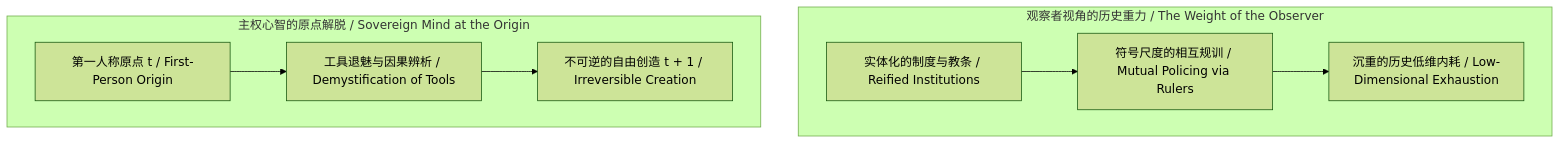
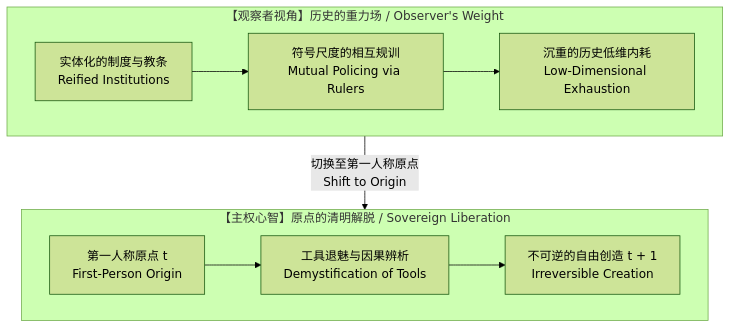
The first of 7 diagrams in content/posts/the-dissolution-of-the-great-reversal.md (powerpig99/not-a-toe), drawn with Mermaid (forest theme) before and after one commit. The commit also changed other lines of this file, not shown here.

Commit message:
Optimize Post #314 Mermaid diagrams: enforce strict vertical stacking and compact multiline labels

````diff
--- a/content/posts/the-dissolution-of-the-great-reversal.md
+++ b/content/posts/the-dissolution-of-the-great-reversal.md
@@ -11,11 +11,14 @@
 ```mermaid
 flowchart TB
-    subgraph S1["观察者视角的历史重力 / The Weight of the Observer"]
-        A["实体化的制度与教条 / Reified Institutions"] --> B["符号尺度的相互规训 / Mutual Policing via Rulers"]
-        B --> C["沉重的历史低维内耗 / Low-Dimensional Exhaustion"]
+    subgraph S1["【观察者视角】历史的重力场 / Observer's Weight"]
+        A["实体化的制度与教条<br/>Reified Institutions"] --> B["符号尺度的相互规训<br/>Mutual Policing via Rulers"]
+        B --> C["沉重的历史低维内耗<br/>Low-Dimensional Exhaustion"]
     end
-    subgraph S2["主权心智的原点解脱 / Sovereign Mind at the Origin"]
-        D["第一人称原点 t / First-Person Origin"] --> E["工具退魅与因果辨析 / Demystification of Tools"]
-        E --> F["不可逆的自由创造 t + 1 / Irreversible Creation"]
+
+    S1 -->|"切换至第一人称原点<br/>Shift to Origin"| S2
+
+    subgraph S2["【主权心智】原点的清明解脱 / Sovereign Liberation"]
+        D["第一人称原点 t<br/>First-Person Origin"] --> E["工具退魅与因果辨析<br/>Demystification of Tools"]
+        E --> F["不可逆的自由创造 t + 1<br/>Irreversible Creation"]
     end
 ```
````
